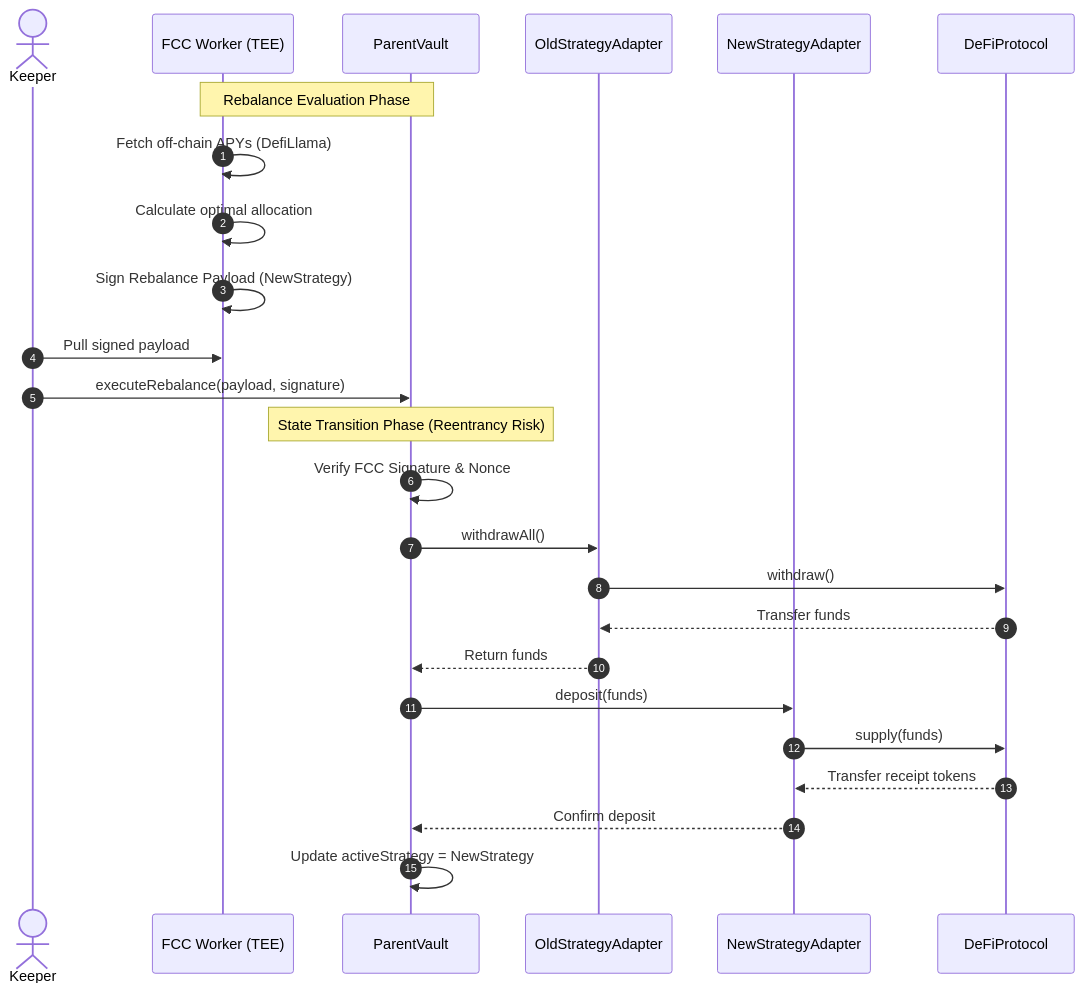
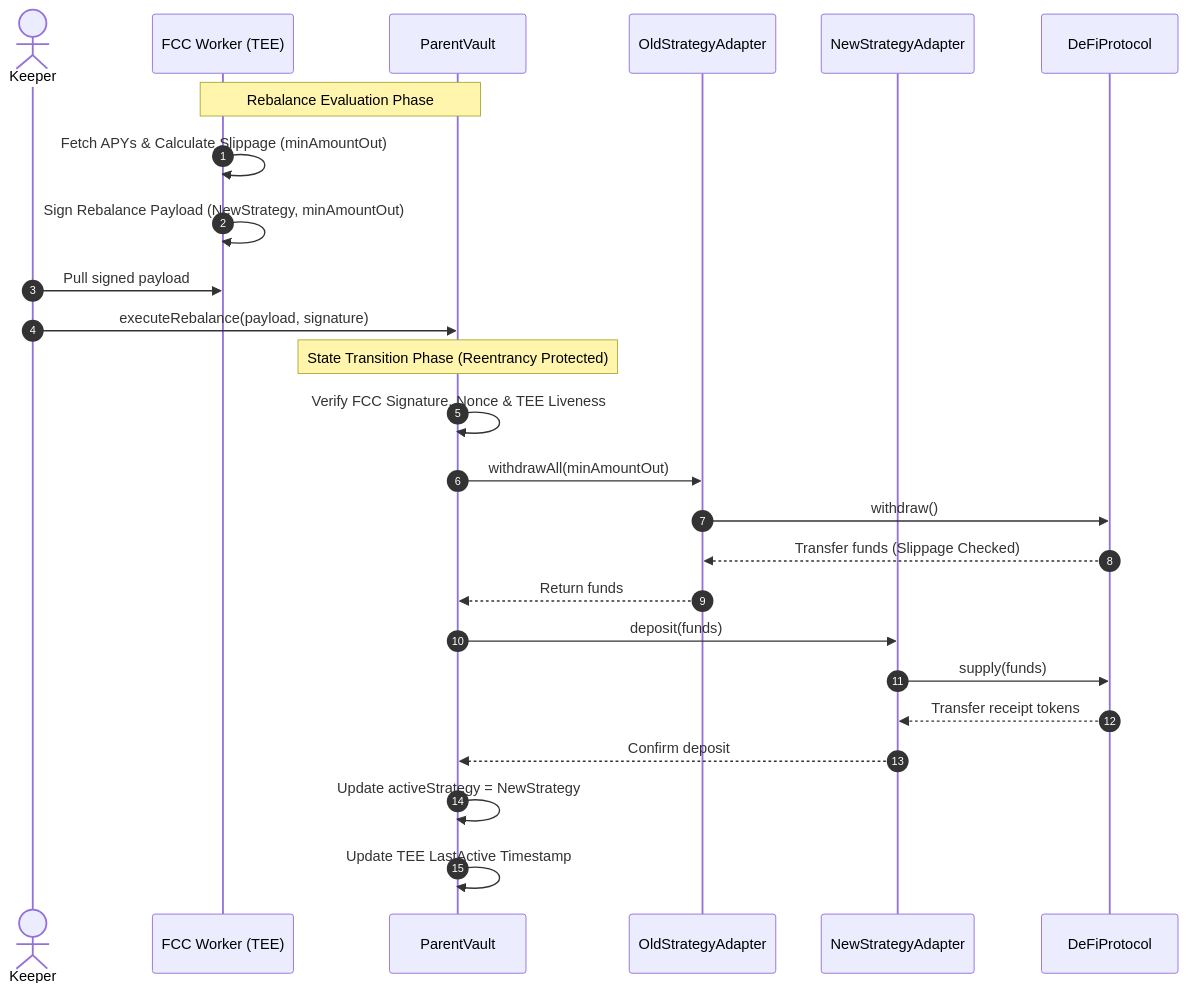
Before and after one commit to ola-893/Yieldflare: the first of 4 diagrams in architecture.md, drawn with Mermaid. The commit also changed other lines of this file, not shown here.

Commit message:
docs: patch 5 architectural edge cases

````diff
--- a/architecture.md
+++ b/architecture.md
@@ -45,33 +45,33 @@
 ```mermaid
 sequenceDiagram
     autonumber
     actor Keeper
     participant FCC Worker (TEE)
     participant ParentVault
     participant OldStrategyAdapter
     participant NewStrategyAdapter
     participant DeFiProtocol
 
     Note over FCC Worker (TEE), ParentVault: Rebalance Evaluation Phase
-    FCC Worker (TEE)->>FCC Worker (TEE): Fetch off-chain APYs (DefiLlama)
-    FCC Worker (TEE)->>FCC Worker (TEE): Calculate optimal allocation
-    FCC Worker (TEE)->>FCC Worker (TEE): Sign Rebalance Payload (NewStrategy)
+    FCC Worker (TEE)->>FCC Worker (TEE): Fetch APYs & Calculate Slippage (minAmountOut)
+    FCC Worker (TEE)->>FCC Worker (TEE): Sign Rebalance Payload (NewStrategy, minAmountOut)
     
     Keeper->>FCC Worker (TEE): Pull signed payload
     Keeper->>ParentVault: executeRebalance(payload, signature)
     
-    Note over ParentVault: State Transition Phase (Reentrancy Risk)
-    ParentVault->>ParentVault: Verify FCC Signature & Nonce
+    Note over ParentVault: State Transition Phase (Reentrancy Protected)
+    ParentVault->>ParentVault: Verify FCC Signature, Nonce & TEE Liveness
     
-    ParentVault->>OldStrategyAdapter: withdrawAll()
+    ParentVault->>OldStrategyAdapter: withdrawAll(minAmountOut)
     OldStrategyAdapter->>DeFiProtocol: withdraw()
-    DeFiProtocol-->>OldStrategyAdapter: Transfer funds
+    DeFiProtocol-->>OldStrategyAdapter: Transfer funds (Slippage Checked)
     OldStrategyAdapter-->>ParentVault: Return funds
     
     ParentVault->>NewStrategyAdapter: deposit(funds)
     NewStrategyAdapter->>DeFiProtocol: supply(funds)
     DeFiProtocol-->>NewStrategyAdapter: Transfer receipt tokens
     NewStrategyAdapter-->>ParentVault: Confirm deposit
     
     ParentVault->>ParentVault: Update activeStrategy = NewStrategy
+    ParentVault->>ParentVault: Update TEE LastActive Timestamp
 ```
````
